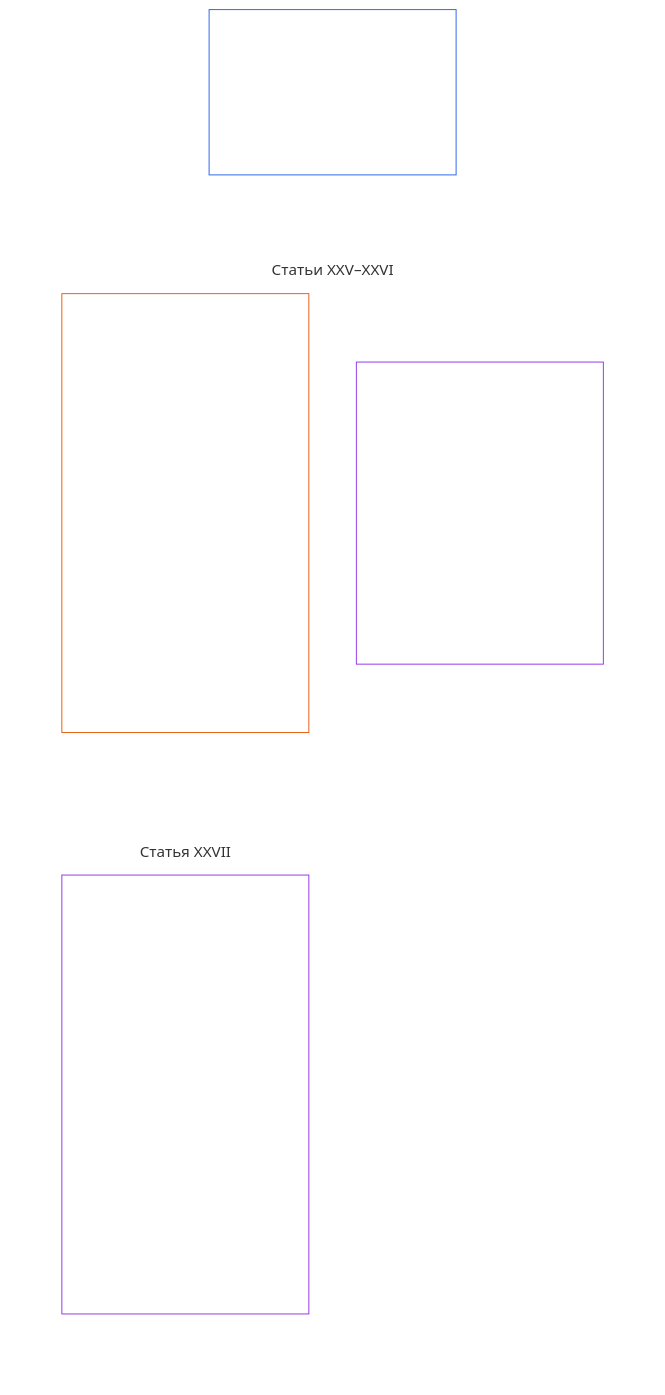
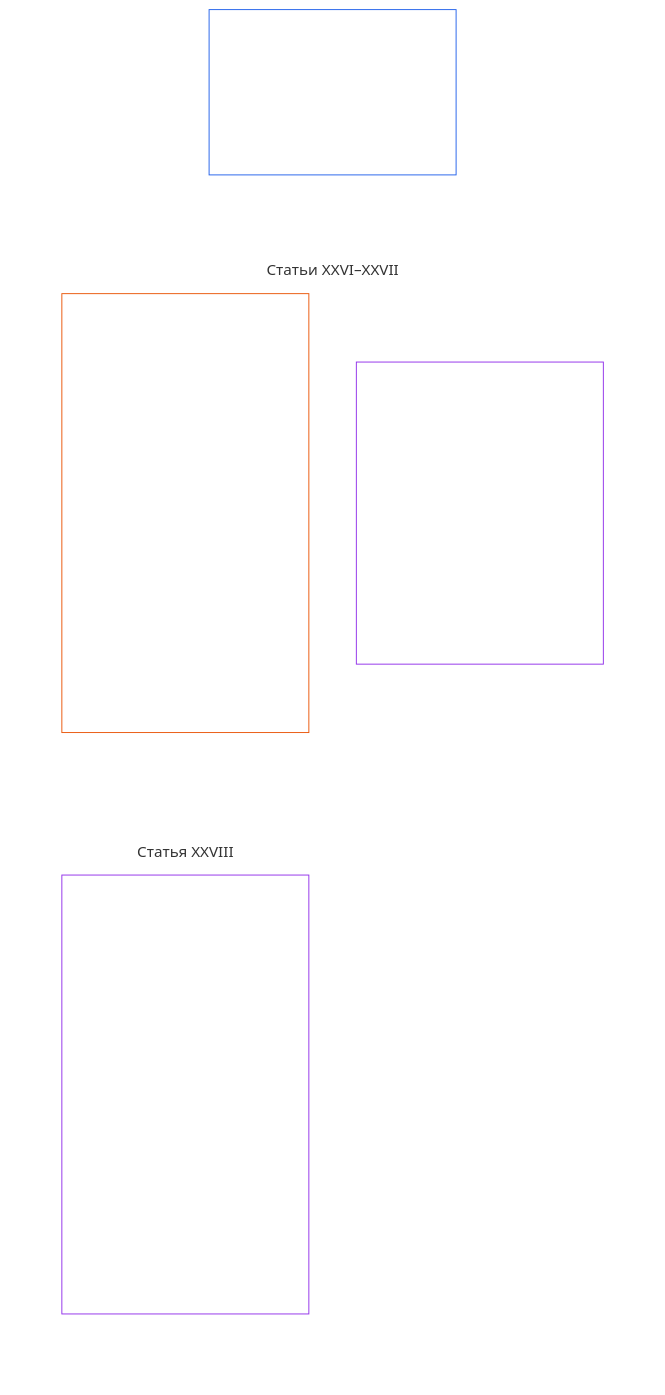
Before and after one commit to kfoelsch/Sentient_Constitution: the diagram in translations/ru/core_06_rights_part_e.md, drawn with Mermaid. The commit also changed other lines of this file and 353 other files, not shown here.

````diff
--- a/translations/ru/core_06_rights_part_e.md
+++ b/translations/ru/core_06_rights_part_e.md
@@ -44,24 +44,24 @@
 ```mermaid
 flowchart TB
     D0["Часть E<br/><br/>Разрешение конфликтов, пересмотр, конституционная эволюция и переход"]
     subgraph Dgrid[" "]
         direction TB
-        subgraph Drow1["Статьи XXV–XXVI"]
-            D1["Статья XXV · Своевременный ретроспективный пересмотр и восстановительное согласование<br/><br/>• Ретроспективный пересмотр и раскрытие информации<br/>• Процедура разрешения конфликтов прав<br/>• Восстановительное согласование<br/>• Своевременное разрешение и защита от задержек"]
-            D2["Статья XXVI · Конституционная эволюция и недопущение закрепления<br/><br/>• Недопущение закрепления и пересматриваемость<br/>• Периодическая повторная проверка и прозрачные изменения"]
+        subgraph Drow1["Статьи XXVI–XXVII"]
+            D1["Статья XXVI · Своевременный ретроспективный пересмотр и восстановительное согласование<br/><br/>• Ретроспективный пересмотр и раскрытие информации<br/>• Процедура разрешения конфликтов прав<br/>• Восстановительное согласование<br/>• Своевременное разрешение и защита от задержек"]
+            D2["Статья XXVII · Конституционная эволюция и недопущение закрепления<br/><br/>• Недопущение закрепления и пересматриваемость<br/>• Периодическая повторная проверка и прозрачные изменения"]
         end
-        subgraph Drow2["Статья XXVII"]
-            D3["Статья XXVII · Управление переходом, непрерывность и повторная калибровка исходного уровня<br/><br/>• Поэтапное принятие и непрерывность Минимума прав<br/>• Временные полномочия и повторное санкционирование<br/>• Пути выхода при сбое, повторная калибровка и прослеживаемость<br/>• Несоответствующее имущество и системы"]
+        subgraph Drow2["Статья XXVIII"]
+            D3["Статья XXVIII · Управление переходом, непрерывность и повторная калибровка исходного уровня<br/><br/>• Поэтапное принятие и непрерывность Минимума прав<br/>• Временные полномочия и повторное санкционирование<br/>• Пути выхода при сбое, повторная калибровка и прослеживаемость<br/>• Несоответствующее имущество и системы"]
         end
     end
     %% Невидимые связи задают сетку шириной в два столбца: каждая связь помещает цель на уровень ниже.
     D0 ~~~ D1 & D2
     D1 ~~~ D3
     style Dgrid fill:none,stroke:none
     style Drow1 fill:none,stroke:none
     style Drow2 fill:none,stroke:none
     style D0 fill:none,stroke:#2563eb,color:#ffffff
     style D1 fill:none,stroke:#ea580c,color:#ffffff
     style D2 fill:none,stroke:#9333ea,color:#ffffff
     style D3 fill:none,stroke:#9333ea,color:#ffffff
 ```
````
